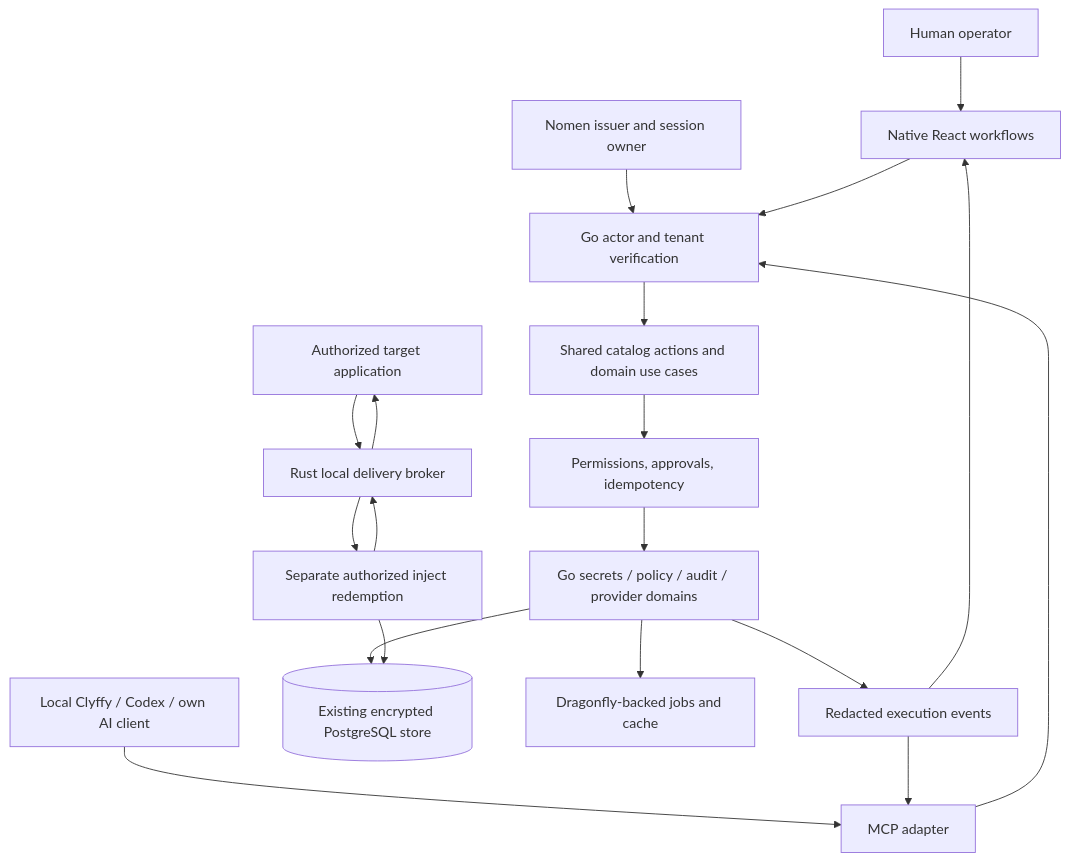
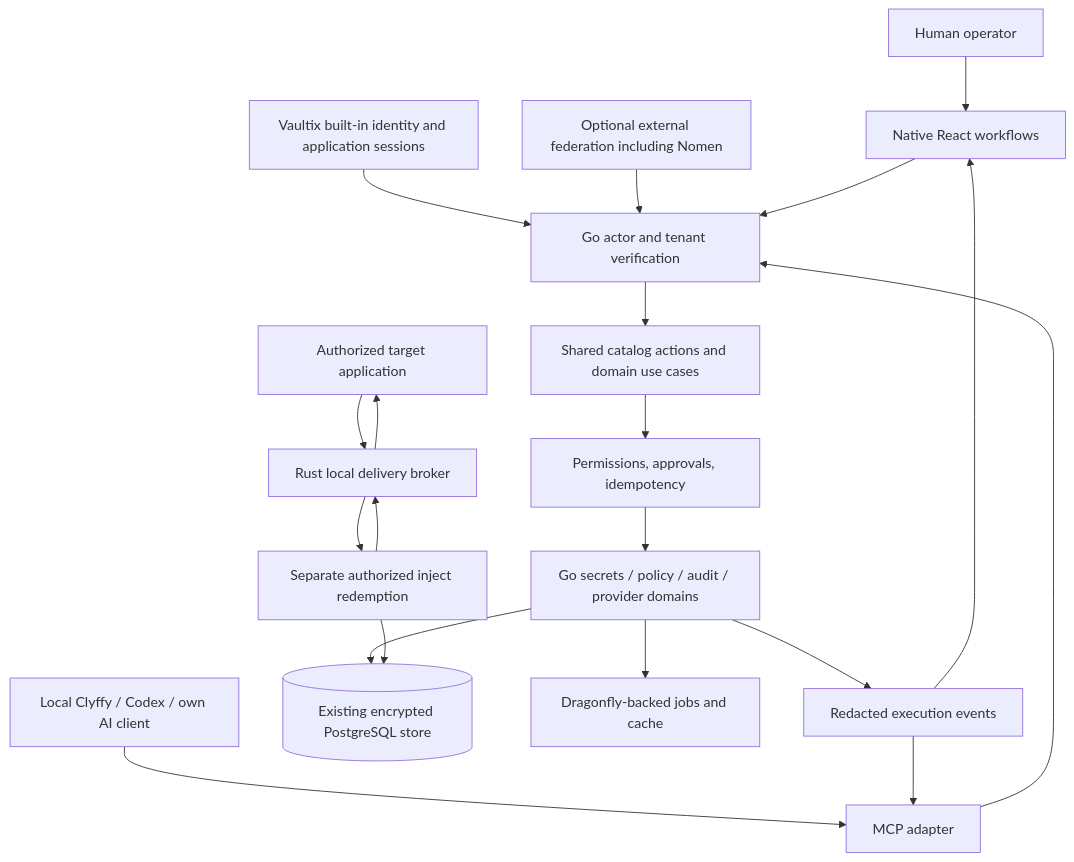
One commit to shippinAI/vaultix changed the diagram in docs/0027-native-stack-and-ai-migration.md. Above: the diagram before and after it, drawn with Mermaid. The commit also changed other lines of this file and 18 other files, not shown here.

````diff
--- a/docs/0027-native-stack-and-ai-migration.md
+++ b/docs/0027-native-stack-and-ai-migration.md
@@ -47,21 +51,22 @@
 ```mermaid
 flowchart TD
     U[Human operator] --> R[Native React workflows]
     C[Local Clyffy / Codex / own AI client] --> M[MCP adapter]
-    N[Nomen issuer and session owner] --> A[Go actor and tenant verification]
+    L[Vaultix built-in identity and application sessions] --> A[Go actor and tenant verification]
+    N[Optional external federation including Nomen] --> A
     R --> A
     M --> A
     A --> S[Shared catalog actions and domain use cases]
     S --> P[Permissions, approvals, idempotency]
     P --> D[Go secrets / policy / audit / provider domains]
     D --> DB[(Existing encrypted PostgreSQL store)]
     D --> Q[Dragonfly-backed jobs and cache]
     D --> E[Redacted execution events]
     E --> R
     E --> M
     W[Authorized target application] --> B[Rust local delivery broker]
     B --> X[Separate authorized inject redemption]
     X --> DB
     X --> B
     B --> W
 ```
````
